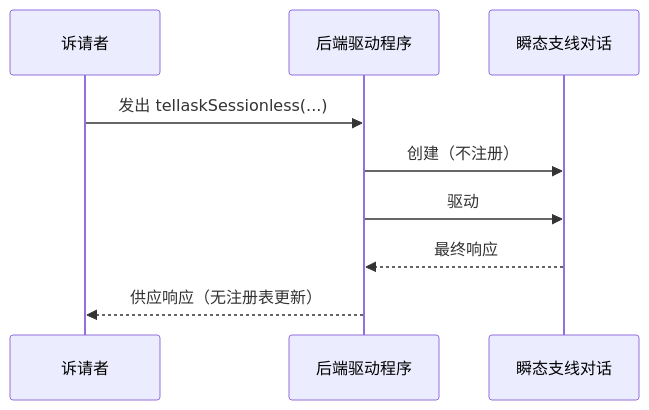
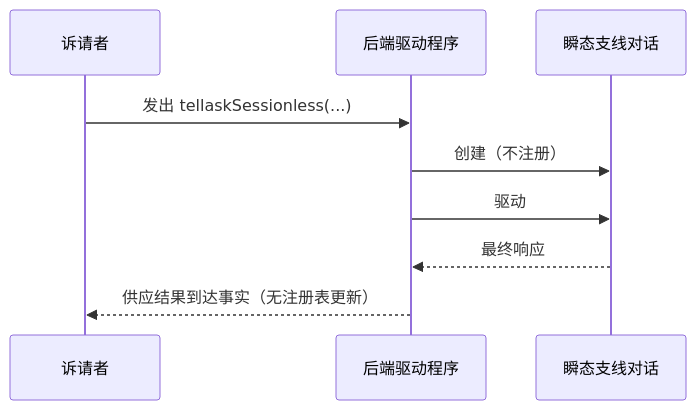
Diagram 13 of 19 in docs/dialog-system.zh.md (longrun-ai/dominds), drawn with Mermaid before and after one commit. The commit also changed other lines of this file and 54 other files, not shown here.

````diff
--- a/docs/dialog-system.zh.md
+++ b/docs/dialog-system.zh.md
@@ -1311,12 +1308,12 @@
 ```mermaid
 sequenceDiagram
   participant Tellasker as 诉请者
   participant Driver as 后端驱动程序
   participant Side as 瞬态支线对话
 
   Tellasker->>Driver: 发出 tellaskSessionless(...)
   Driver->>Side: 创建（不注册）
   Driver->>Side: 驱动
   Side-->>Driver: 最终响应
-  Driver-->>Tellasker: 供应响应（无注册表更新）
+  Driver-->>Tellasker: 供应结果到达事实（无注册表更新）
 ```
````
